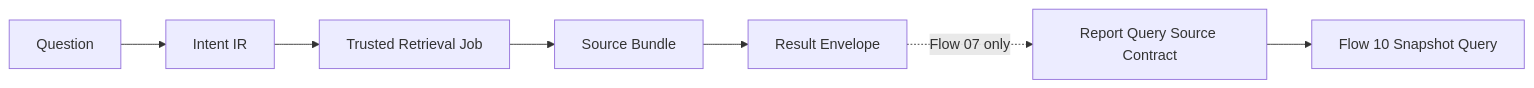
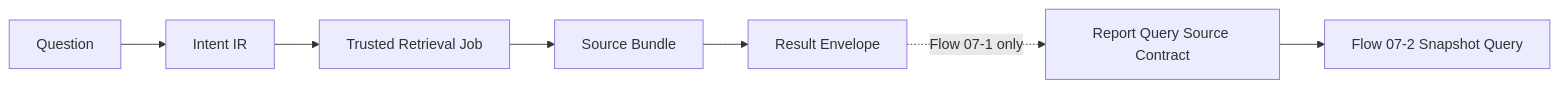
Before and after one commit to bongG-moon/metadata_driven_v5: the eighth of 8 diagrams in docs/AGENT_INTRODUCTION_PPT_OUTLINE.md, drawn with Mermaid. The commit also changed other lines of this file and 41 other files, not shown here.

````diff
--- a/docs/AGENT_INTRODUCTION_PPT_OUTLINE.md
+++ b/docs/AGENT_INTRODUCTION_PPT_OUTLINE.md
@@ -717,9 +717,9 @@
 ```mermaid
 flowchart LR
     Q[Question] --> I[Intent IR]
     I --> T[Trusted Retrieval Job]
     T --> S[Source Bundle]
     S --> E[Result Envelope]
-    E -. Flow 07 only .-> C[Report Query Source Contract]
-    C --> F10[Flow 10 Snapshot Query]
+    E -. Flow 07-1 only .-> C[Report Query Source Contract]
+    C --> F072[Flow 07-2 Snapshot Query]
 ```
````
